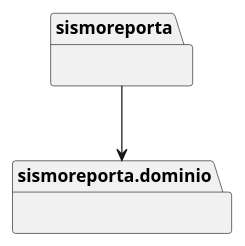
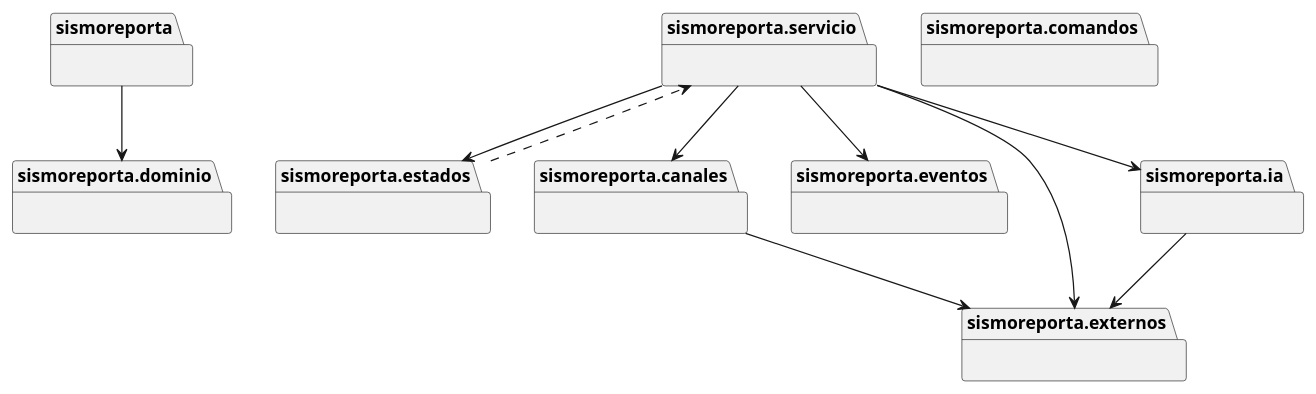
Before and after one commit to santiagopalma12/cs-2026b-lab04-grupo08: the diagram in docs/design/packages_sismoreporta.puml, drawn with PlantUML. The commit also changed 14 other files, not shown here.

Commit message:
E7: diagramas plantuml y bitacora de ia

```diff
--- a/docs/design/packages_sismoreporta.puml
+++ b/docs/design/packages_sismoreporta.puml
@@ -1,8 +1,30 @@
 @startuml packages_sismoreporta
 set namespaceSeparator none
 package "sismoreporta" as sismoreporta {
 }
+package "sismoreporta.canales" as sismoreporta.canales {
+}
+package "sismoreporta.comandos" as sismoreporta.comandos {
+}
 package "sismoreporta.dominio" as sismoreporta.dominio {
 }
+package "sismoreporta.estados" as sismoreporta.estados {
+}
+package "sismoreporta.eventos" as sismoreporta.eventos {
+}
+package "sismoreporta.externos" as sismoreporta.externos {
+}
+package "sismoreporta.ia" as sismoreporta.ia {
+}
+package "sismoreporta.servicio" as sismoreporta.servicio {
+}
 sismoreporta --> sismoreporta.dominio
+sismoreporta.canales --> sismoreporta.externos
+sismoreporta.ia --> sismoreporta.externos
+sismoreporta.servicio --> sismoreporta.canales
+sismoreporta.servicio --> sismoreporta.estados
+sismoreporta.servicio --> sismoreporta.eventos
+sismoreporta.servicio --> sismoreporta.externos
+sismoreporta.servicio --> sismoreporta.ia
+sismoreporta.estados ..> sismoreporta.servicio
 @enduml
```
